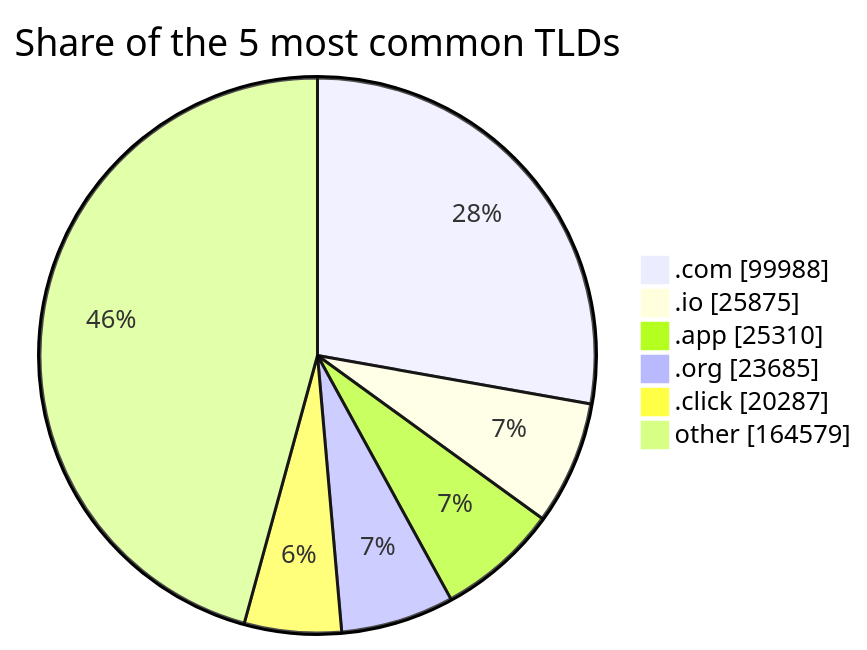
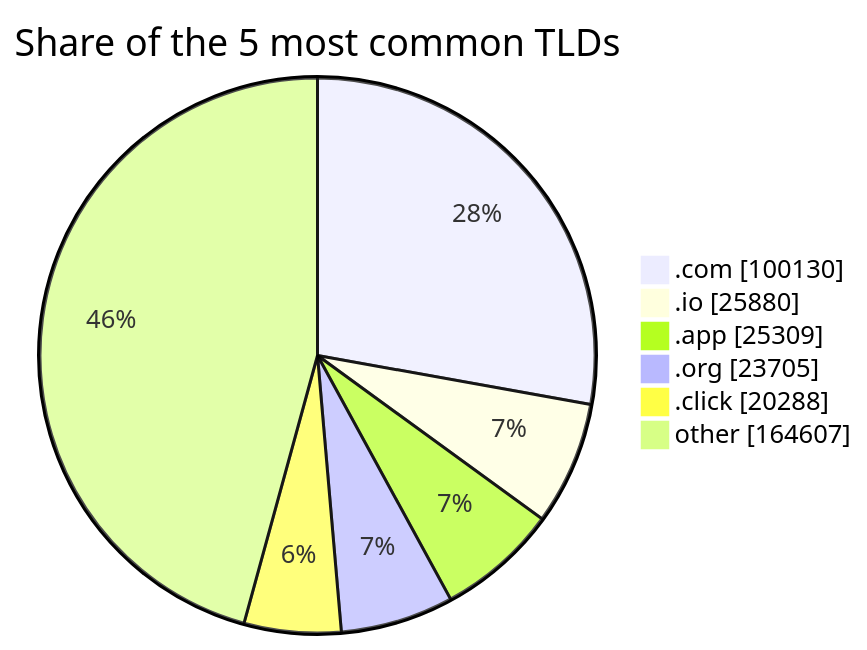
Before and after one commit to DNSBunker/CTI: the third of 3 diagrams in README.md, drawn with Mermaid. The commit also changed other lines of this file and 3 other files, not shown here.

````diff
--- a/README.md
+++ b/README.md
@@ -81,9 +81,9 @@
 ```mermaid
 pie showData title Share of the 5 most common TLDs
-    ".com" : 99988
-    ".io" : 25875
-    ".app" : 25310
-    ".org" : 23685
-    ".click" : 20287
-    "other" : 164579
+    ".com" : 100130
+    ".io" : 25880
+    ".app" : 25309
+    ".org" : 23705
+    ".click" : 20288
+    "other" : 164607
 ```
````
